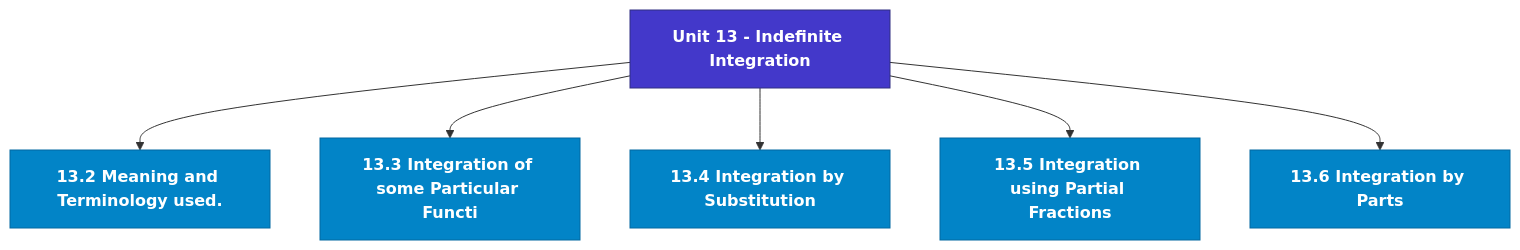
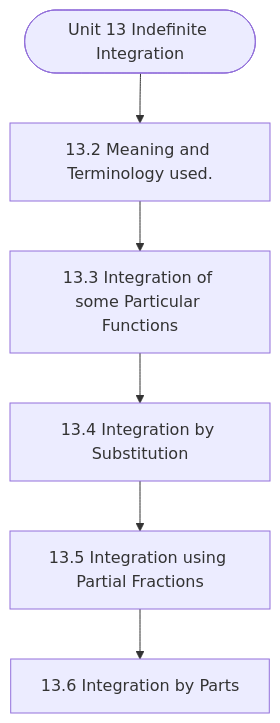
One commit to Asutosh-Coaching/mscdsa changed the diagram in notes/Semester_1/MCS-061_Mathematical_Foundations_-_I/unit_13_Indefinite_Integration.md. Above: the diagram before and after it, drawn with Mermaid. The commit also changed other lines of this file and 115 other files, not shown here.

Commit message:
Fix Mermaid layout for mobile, isolate LaTeX delimiters, and add GitHub Pages reader

````diff
--- a/notes/Semester_1/MCS-061_Mathematical_Foundations_-_I/unit_13_Indefinite_Integration.md
+++ b/notes/Semester_1/MCS-061_Mathematical_Foundations_-_I/unit_13_Indefinite_Integration.md
@@ -19,19 +19,14 @@
 ```mermaid
 flowchart TD
-  %% Styling Definitions
-  classDef head fill:#4338ca,stroke:#312e81,color:#ffffff,font-weight:bold;
-  classDef topic fill:#0284c7,stroke:#0369a1,color:#ffffff,font-weight:600;
-  classDef sub fill:#1e293b,stroke:#475569,color:#f8fafc;
-
-  Root["Unit 13 - Indefinite Integration"]:::head
-  M1["13.2 Meaning and Terminology used."]:::topic
-  Root --> M1
-  M2["13.3 Integration of some Particular Functi"]:::topic
-  Root --> M2
-  M3["13.4 Integration by Substitution"]:::topic
-  Root --> M3
-  M4["13.5 Integration using Partial Fractions"]:::topic
-  Root --> M4
-  M5["13.6 Integration by Parts"]:::topic
-  Root --> M5
+  Start(["Unit 13 Indefinite Integration"])
+  N1["13.2 Meaning and Terminology used."]
+  N2["13.3 Integration of some Particular Functions"]
+  N3["13.4 Integration by Substitution"]
+  N4["13.5 Integration using Partial Fractions"]
+  N5["13.6 Integration by Parts"]
+  Start --> N1
+  N1 --> N2
+  N2 --> N3
+  N3 --> N4
+  N4 --> N5
 ```
````
